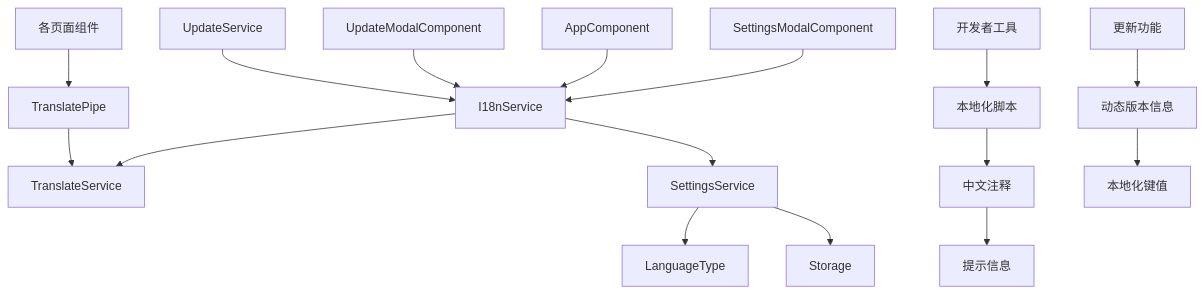
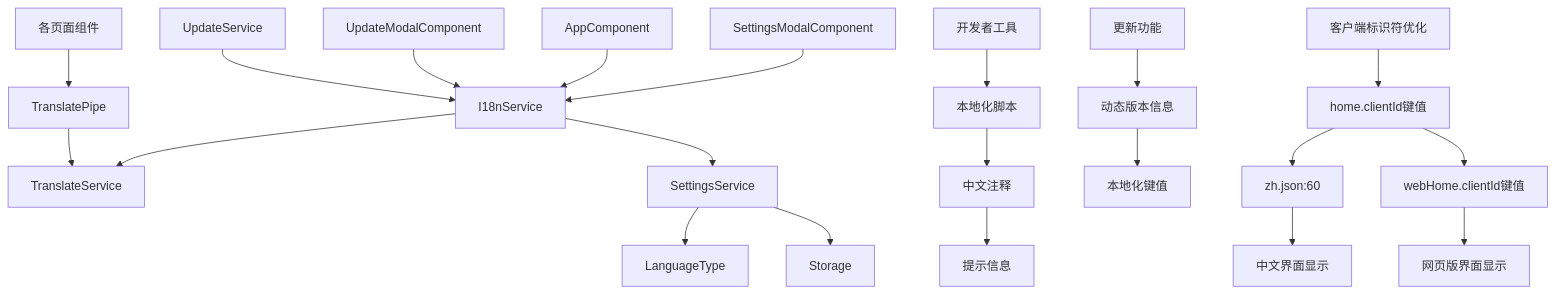
Diagram 12 of 12 in .qoder/repowiki/zh/content/核心功能模块/国际化系统.md (tea4go/Macro-Deck-Client-App), drawn with Mermaid before and after one commit. The commit also changed other lines of this file and 2 other files, not shown here.

````diff
--- a/.qoder/repowiki/zh/content/核心功能模块/国际化系统.md
+++ b/.qoder/repowiki/zh/content/核心功能模块/国际化系统.md
@@ -541,18 +605,23 @@
 ```mermaid
 graph TD
 A[I18nService] --> B[TranslateService]
 A --> C[SettingsService]
 C --> D[LanguageType]
 C --> E[Storage]
 F[SettingsModalComponent] --> A
 G[AppComponent] --> A
 H[UpdateModalComponent] --> A
 I[UpdateService] --> A
 J[各页面组件] --> K[TranslatePipe]
 K --> B
 L[开发者工具] --> M[本地化脚本]
 M --> N[中文注释]
 N --> O[提示信息]
 P[更新功能] --> Q[动态版本信息]
 Q --> R[本地化键值]
+S[客户端标识符优化] --> T[home.clientId键值]
+T --> U[zh.json:60]
+T --> V[webHome.clientId键值]
+U --> W[中文界面显示]
+V --> X[网页版界面显示]
 ```
````
